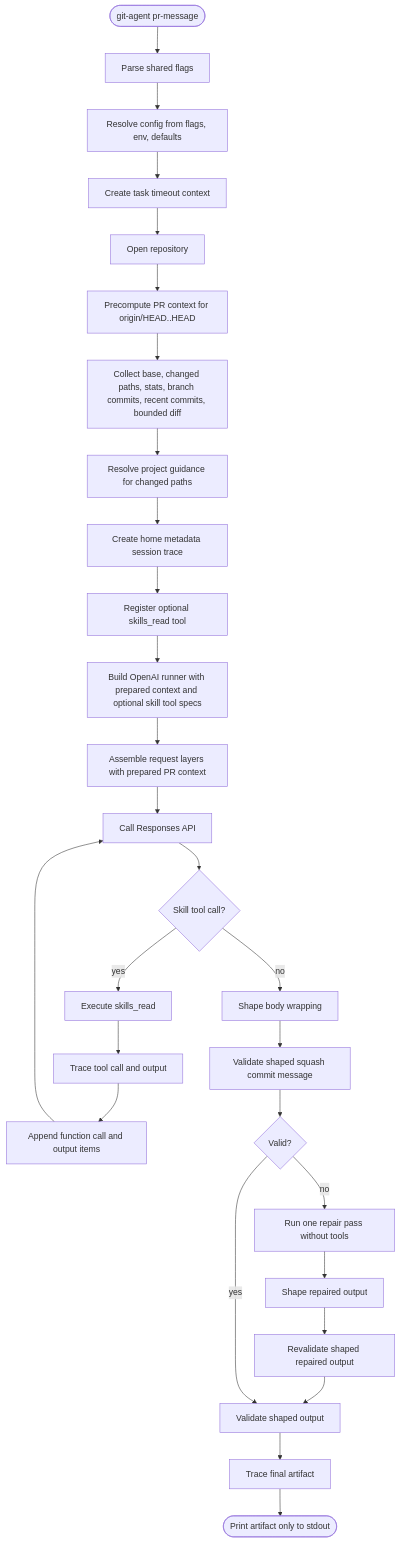
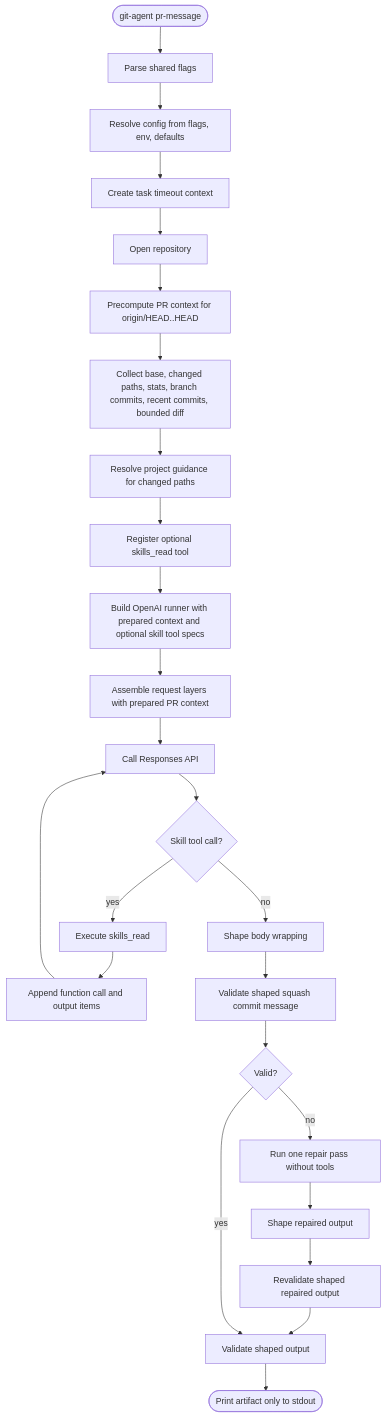
One commit to yusing/git-agent changed the fourth of 5 diagrams in docs/spec.md. Above: the diagram before and after it, drawn with Mermaid. The commit also changed other lines of this file and 13 other files, not shown here.

First line of the commit message:
refactor(trace): remove persistent session traces

````diff
--- a/docs/spec.md
+++ b/docs/spec.md
@@ -1152,30 +1133,27 @@
 ```mermaid
 flowchart TD
     Start([git-agent pr-message]) --> Parse[Parse shared flags]
     Parse --> Resolve[Resolve config from flags, env, defaults]
     Resolve --> Timeout[Create task timeout context]
     Timeout --> OpenRepo[Open repository]
     OpenRepo --> Prepare[Precompute PR context for origin/HEAD..HEAD]
     Prepare --> Evidence[Collect base, changed paths, stats, branch commits, recent commits, bounded diff]
     Evidence --> Guidance[Resolve project guidance for changed paths]
-    Guidance --> Trace[Create home metadata session trace]
-    Trace --> Registry[Register optional skills_read tool]
+    Guidance --> Registry[Register optional skills_read tool]
     Registry --> Runner[Build OpenAI runner with prepared context and optional skill tool specs]
     Runner --> Request[Assemble request layers with prepared PR context]
     Request --> Model[Call Responses API]
     Model --> ToolDecision{Skill tool call?}
     ToolDecision -- yes --> ExecuteSkill[Execute skills_read]
-    ExecuteSkill --> RecordSkill[Trace tool call and output]
-    RecordSkill --> Continue[Append function call and output items]
+    ExecuteSkill --> Continue[Append function call and output items]
     Continue --> Model
     ToolDecision -- no --> Shape[Shape body wrapping]
     Shape --> Validate[Validate shaped squash commit message]
     Validate --> Valid{Valid?}
     Valid -- no --> Repair[Run one repair pass without tools]
     Repair --> Reshape[Shape repaired output]
     Reshape --> Revalidate[Revalidate shaped repaired output]
     Revalidate --> FinalValidate
     Valid -- yes --> FinalValidate[Validate shaped output]
-    FinalValidate --> FinalTrace[Trace final artifact]
-    FinalTrace --> Stdout([Print artifact only to stdout])
+    FinalValidate --> Stdout([Print artifact only to stdout])
 ```
````
